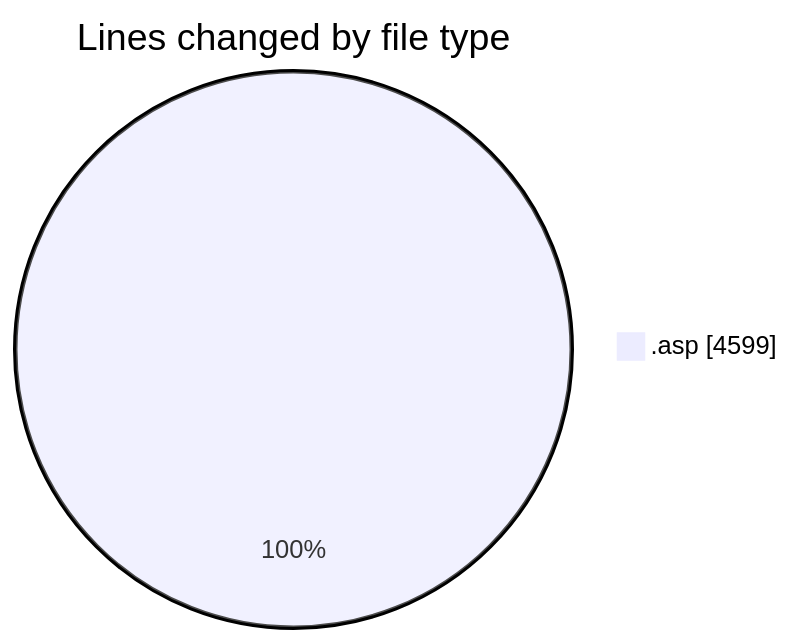
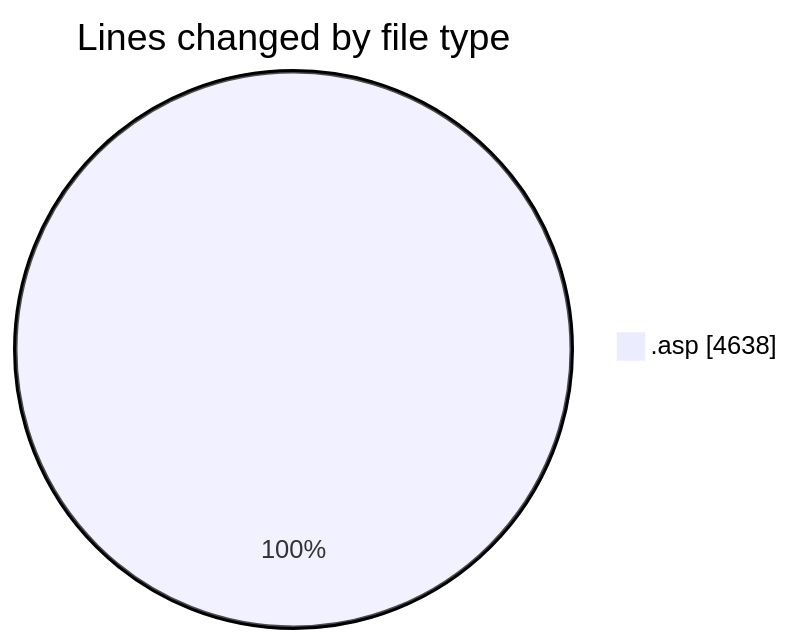
The first of 2 diagrams in 2025-10-17/cdp_aleoudev_fr__workspace_/README.md (julien-gomy/code-tracking), drawn with Mermaid before and after one commit. The commit also changed other lines of this file and 1 other file, not shown here.

````diff
--- a/2025-10-17/cdp_aleoudev_fr__workspace_/README.md
+++ b/2025-10-17/cdp_aleoudev_fr__workspace_/README.md
@@ -24,5 +24,5 @@
 ```mermaid
 pie showData
 title Lines changed by file type
-".asp" : 4599
+".asp" : 4638
 ```
````
